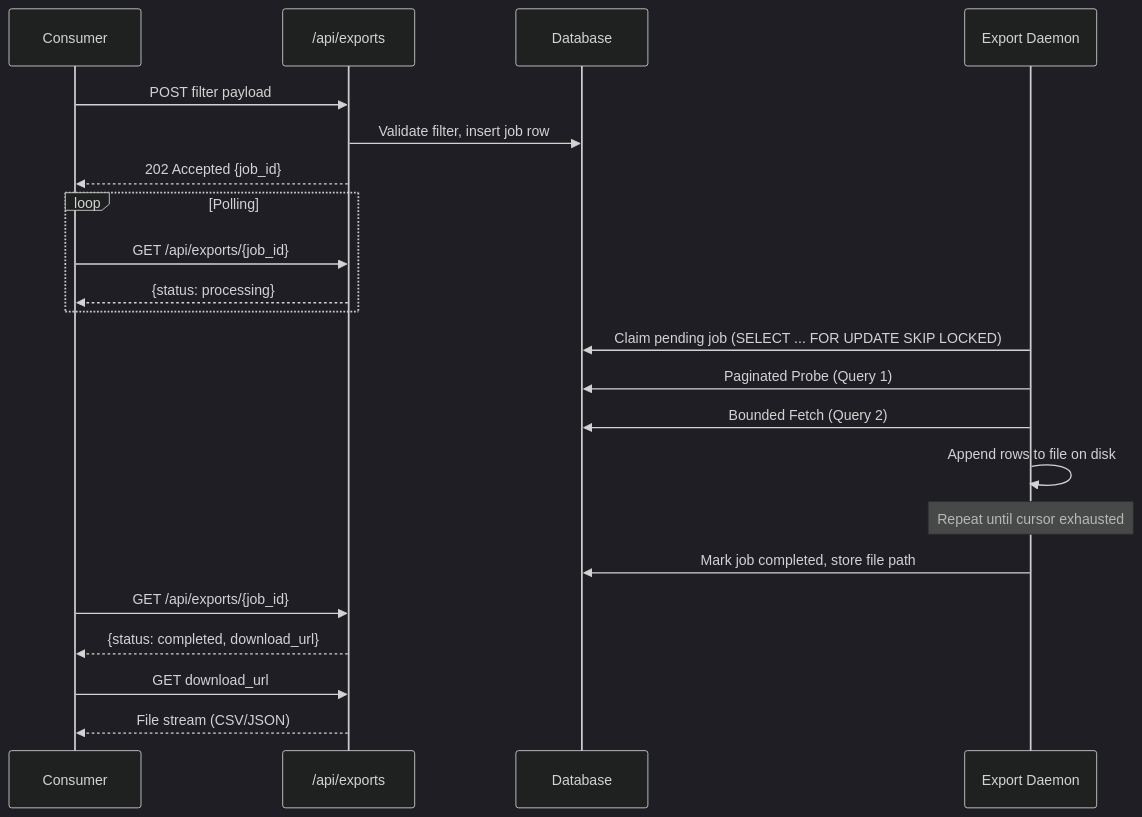
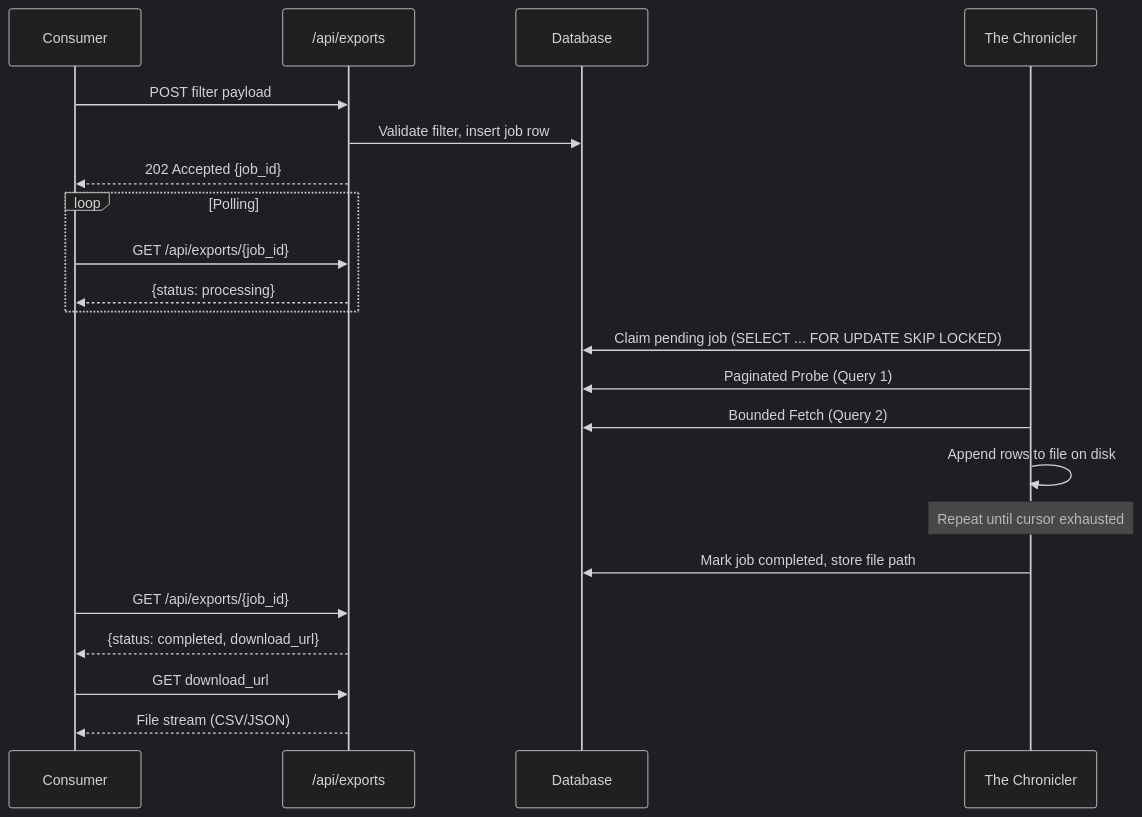
One commit to damarbob/SDDPG changed the diagram in blueprints/async_exports.md. Above: the diagram before and after it, drawn with Mermaid (dark theme). The commit also changed other lines of this file and 2 other files, not shown here.

First line of the commit message:
Formalize The Chronicler as the asynchronous export daemon

````diff
--- a/blueprints/async_exports.md
+++ b/blueprints/async_exports.md
@@ -39,28 +39,28 @@
 ```mermaid
 sequenceDiagram
     participant C as Consumer
     participant API as /api/exports
     participant DB as Database
-    participant D as Export Daemon
+    participant D as The Chronicler
 
     C->>API: POST filter payload
     API->>DB: Validate filter, insert job row
     API-->>C: 202 Accepted {job_id}
 
     loop Polling
         C->>API: GET /api/exports/{job_id}
         API-->>C: {status: processing}
     end
 
     D->>DB: Claim pending job (SELECT ... FOR UPDATE SKIP LOCKED)
     D->>DB: Paginated Probe (Query 1)
     D->>DB: Bounded Fetch (Query 2)
     D->>D: Append rows to file on disk
     Note over D: Repeat until cursor exhausted
     D->>DB: Mark job completed, store file path
 
     C->>API: GET /api/exports/{job_id}
     API-->>C: {status: completed, download_url}
     C->>API: GET download_url
     API-->>C: File stream (CSV/JSON)
 ```
````
